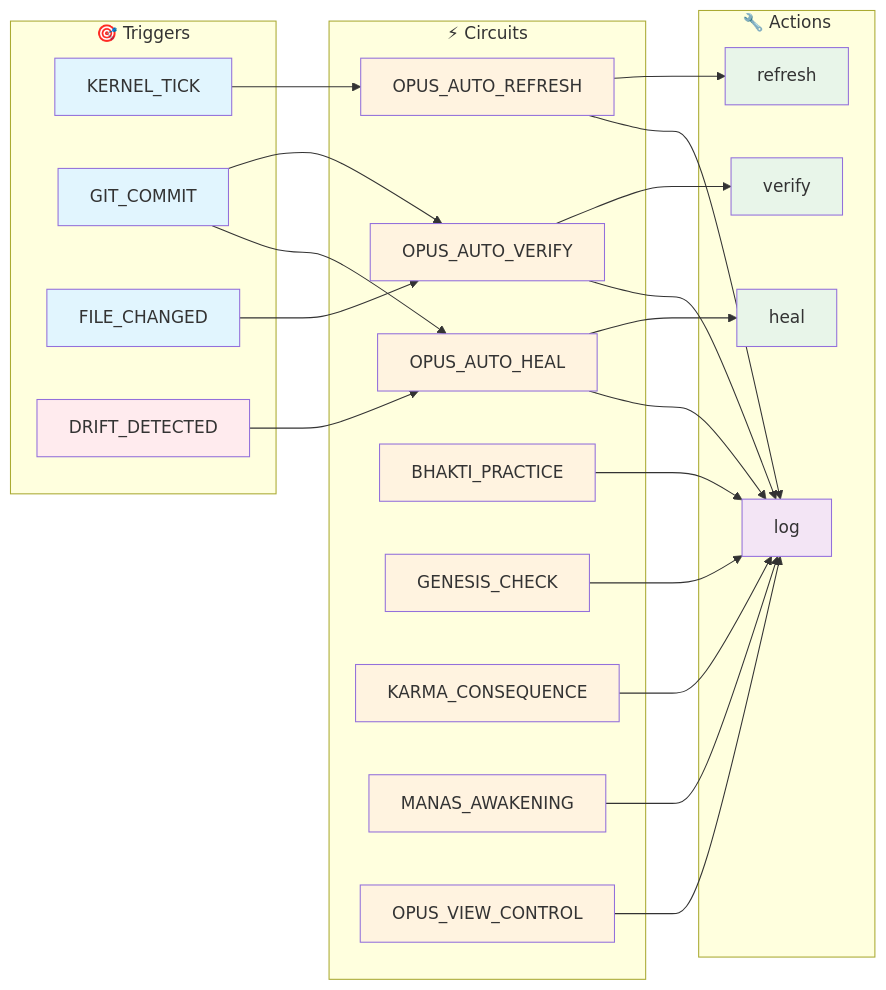
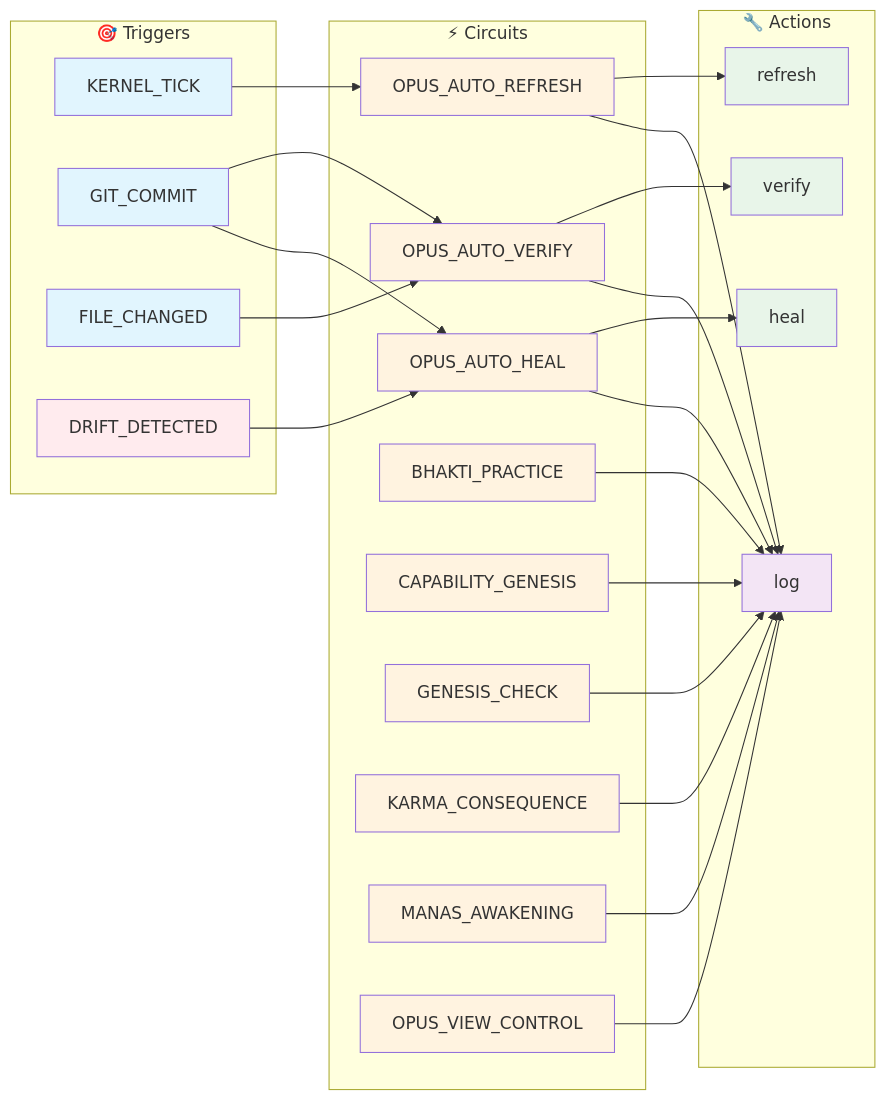
One commit to kimeisele/steward-protocol changed the first of 2 diagrams in OPUS.md. Above: the diagram before and after it, drawn with Mermaid. The commit also changed other lines of this file and 13 other files, not shown here.

````diff
--- a/OPUS.md
+++ b/OPUS.md
@@ -154,62 +140,65 @@
 ```mermaid
 flowchart LR
     subgraph Events["🎯 Triggers"]
         E1[KERNEL_TICK]
         E2[GIT_COMMIT]
         E3[FILE_CHANGED]
         E4[DRIFT_DETECTED]
     end
 
     subgraph Circuits["⚡ Circuits"]
         C1[OPUS_AUTO_HEAL]
         C2[OPUS_AUTO_REFRESH]
         C3[OPUS_AUTO_VERIFY]
         C4[BHAKTI_PRACTICE]
-        C5[GENESIS_CHECK]
-        C6[KARMA_CONSEQUENCE]
-        C7[MANAS_AWAKENING]
-        C8[OPUS_VIEW_CONTROL]
+        C5[CAPABILITY_GENESIS]
+        C6[GENESIS_CHECK]
+        C7[KARMA_CONSEQUENCE]
+        C8[MANAS_AWAKENING]
+        C9[OPUS_VIEW_CONTROL]
     end
 
     subgraph Actions["🔧 Actions"]
         A1[verify]
         A2[refresh]
         A3[heal]
         A4[log]
     end
 
     E1 --> C2
     E2 --> C1
     E2 --> C3
     E3 --> C3
     E4 --> C1
 
     C1 --> A4
     C2 --> A4
     C3 --> A4
     C4 --> A4
     C5 --> A4
     C6 --> A4
     C7 --> A4
     C8 --> A4
+    C9 --> A4
     C1 --> A3
     C2 --> A2
     C3 --> A1
 
     style E1 fill:#e1f5fe
     style E2 fill:#e1f5fe
     style E3 fill:#e1f5fe
     style E4 fill:#ffebee
     style C1 fill:#fff3e0
     style C2 fill:#fff3e0
     style C3 fill:#fff3e0
     style C4 fill:#fff3e0
     style C5 fill:#fff3e0
     style C6 fill:#fff3e0
     style C7 fill:#fff3e0
     style C8 fill:#fff3e0
+    style C9 fill:#fff3e0
     style A1 fill:#e8f5e9
     style A2 fill:#e8f5e9
     style A3 fill:#e8f5e9
     style A4 fill:#f3e5f5
 ```
````
